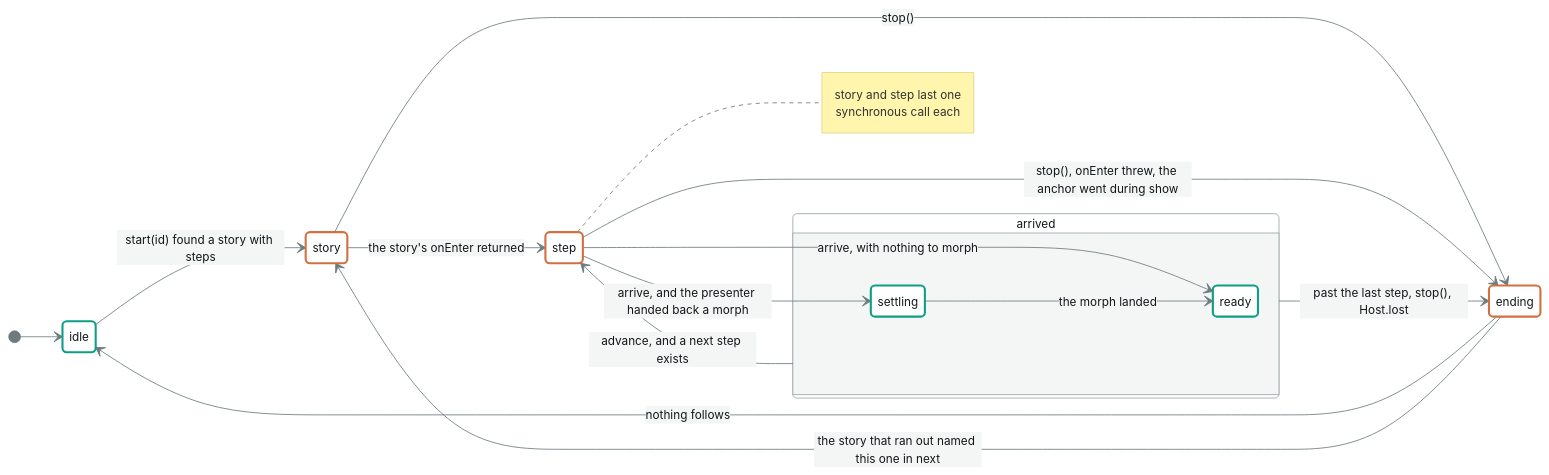
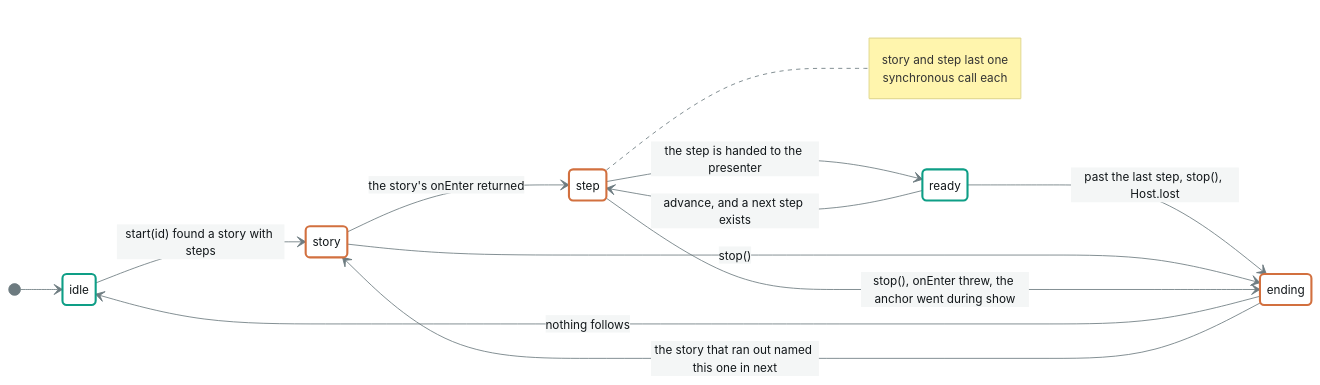
One commit to annetaan/leko changed the first of 2 diagrams in packages/machine/model/phases.md. Above: the diagram before and after it, drawn with Mermaid. The commit also changed other lines of this file and 33 other files, not shown here.

````diff
--- a/packages/machine/model/phases.md
+++ b/packages/machine/model/phases.md
@@ -38,35 +40,30 @@
 ```mermaid
 %%{init: {'theme':'base','themeVariables':{'background':'#F4F6F6','primaryColor':'#FFFFFF','primaryTextColor':'#12171A','primaryBorderColor':'#9AA6A9','lineColor':'#6D7B80','textColor':'#12171A','edgeLabelBackground':'#F4F6F6','tertiaryColor':'#E9EDED','tertiaryTextColor':'#12171A','fontSize':'14px'}}}%%
 stateDiagram-v2
   direction LR
 
   [*] --> idle
   idle --> story : start(id) found a story with steps
 
   story --> step : the story's onEnter returned
 
-  step --> ready : arrive, with nothing to morph
-  step --> settling : arrive, and the presenter handed back a morph
+  step --> ready : the step is handed to the presenter
 
-  state arrived {
-    settling --> ready : the morph landed
-  }
-
-  arrived --> step : advance, and a next step exists
-  arrived --> ending : past the last step, stop(), Host.lost
+  ready --> step : advance, and a next step exists
+  ready --> ending : past the last step, stop(), Host.lost
   story --> ending : stop()
   step --> ending : stop(), onEnter threw, the anchor went during show
   note right of step
     story and step last one
     synchronous call each
   end note
 
   ending --> idle : nothing follows
   ending --> story : the story that ran out named this one in next
 
   classDef open stroke:#0E9E86,stroke-width:2.5px
   classDef shut stroke:#D2703F,stroke-width:2.5px
 
-  class idle,ready,settling open
+  class idle,ready open
   class story,step,ending shut
 ```
````
